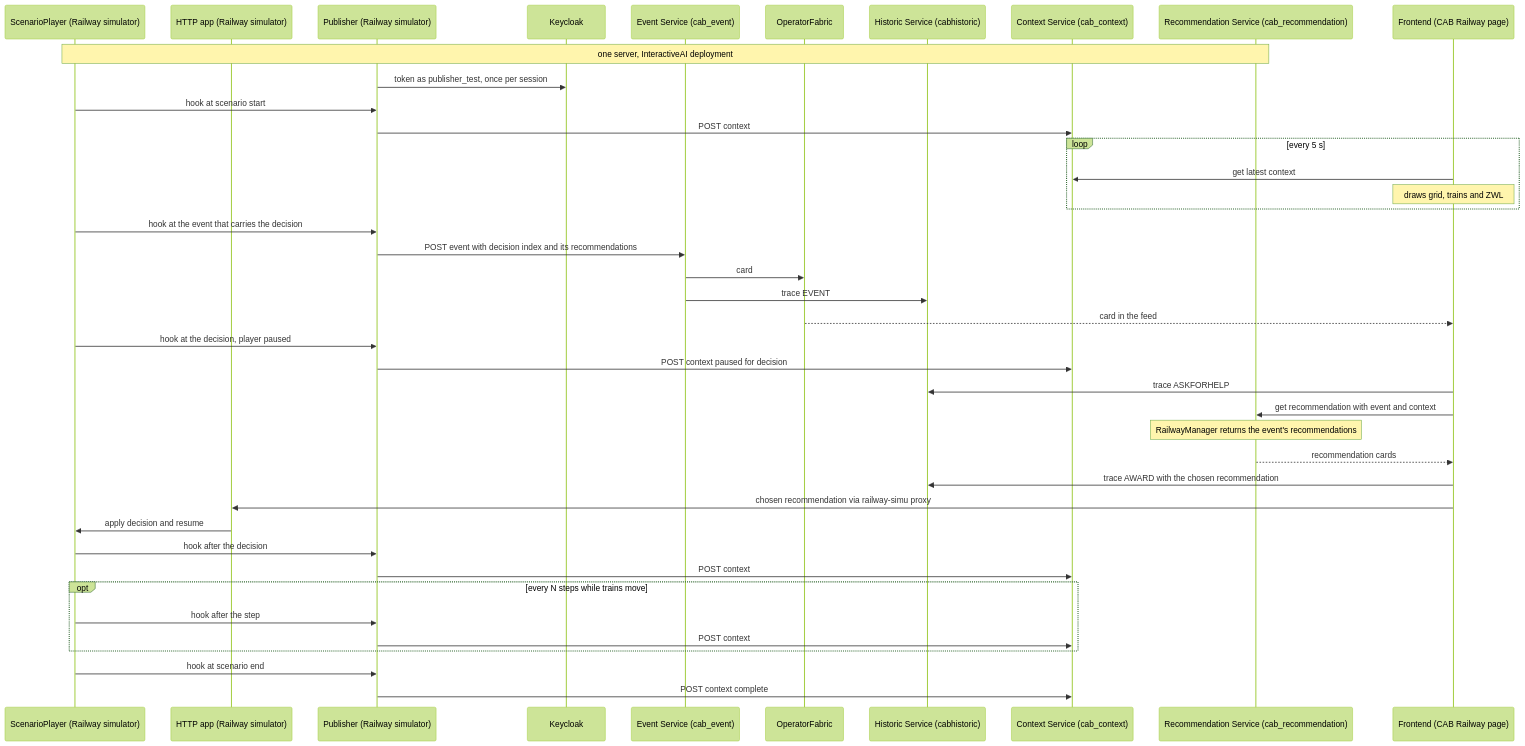
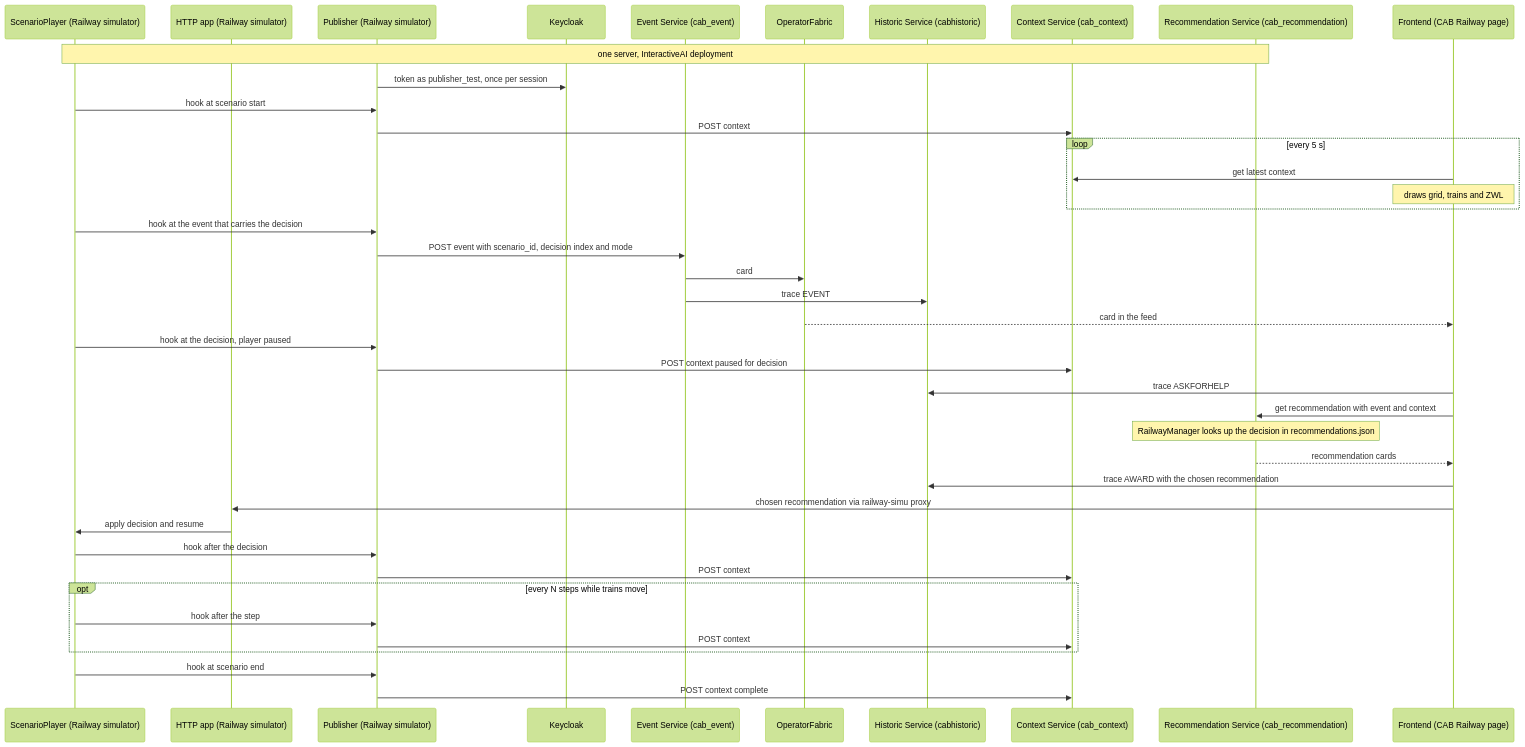
Before and after one commit to ainetus/InteractiveAI: the seventh of 11 diagrams in docs/plans/railway-use-case.md, drawn with Mermaid (forest theme). The commit also changed other lines of this file, not shown here.

First line of the commit message:
docs(plans): decide the Railway recommendations file, run list and start dialog

````diff
--- a/docs/plans/railway-use-case.md
+++ b/docs/plans/railway-use-case.md
@@ -1061,43 +1148,43 @@
 ```mermaid
 sequenceDiagram
     participant Player as ScenarioPlayer (Railway simulator)
     participant App as HTTP app (Railway simulator)
     participant Pub as Publisher (Railway simulator)
     participant KC as Keycloak
     participant Ev as Event Service (cab_event)
     participant OF as OperatorFabric
     participant Hist as Historic Service (cabhistoric)
     participant Ctx as Context Service (cab_context)
     participant Rec as Recommendation Service (cab_recommendation)
     participant FE as Frontend (CAB Railway page)
     Note over Player,Rec: one server, InteractiveAI deployment
     Pub->>KC: token as publisher_test, once per session
     Player->>Pub: hook at scenario start
     Pub->>Ctx: POST context
     loop every 5 s
         FE->>Ctx: get latest context
         Note over FE: draws grid, trains and ZWL
     end
     Player->>Pub: hook at the event that carries the decision
-    Pub->>Ev: POST event with decision index and its recommendations
+    Pub->>Ev: POST event with scenario_id, decision index and mode
     Ev->>OF: card
     Ev->>Hist: trace EVENT
     OF-->>FE: card in the feed
     Player->>Pub: hook at the decision, player paused
     Pub->>Ctx: POST context paused for decision
     FE->>Hist: trace ASKFORHELP
     FE->>Rec: get recommendation with event and context
-    Note over Rec: RailwayManager returns the event's recommendations
+    Note over Rec: RailwayManager looks up the decision in recommendations.json
     Rec-->>FE: recommendation cards
     FE->>Hist: trace AWARD with the chosen recommendation
     FE->>App: chosen recommendation via railway-simu proxy
     App->>Player: apply decision and resume
     Player->>Pub: hook after the decision
     Pub->>Ctx: POST context
     opt every N steps while trains move
         Player->>Pub: hook after the step
         Pub->>Ctx: POST context
     end
     Player->>Pub: hook at scenario end
     Pub->>Ctx: POST context complete
 ```
````
